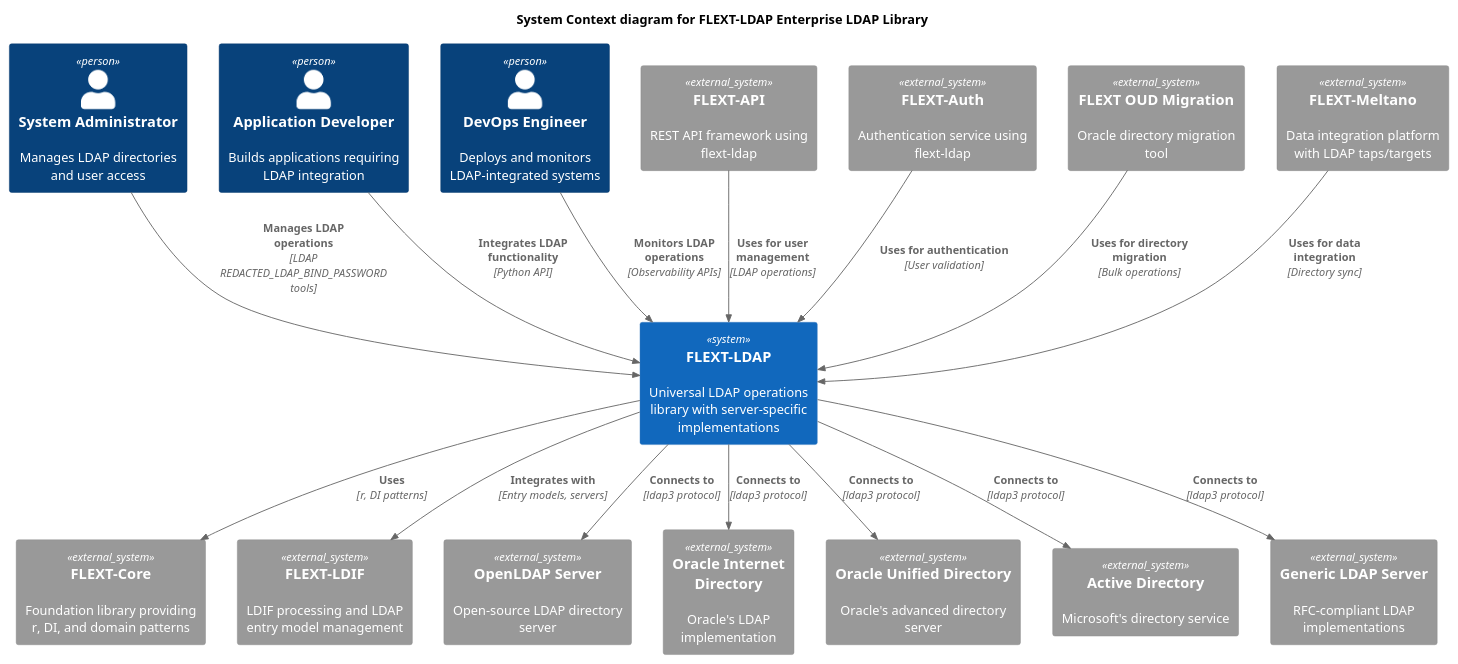
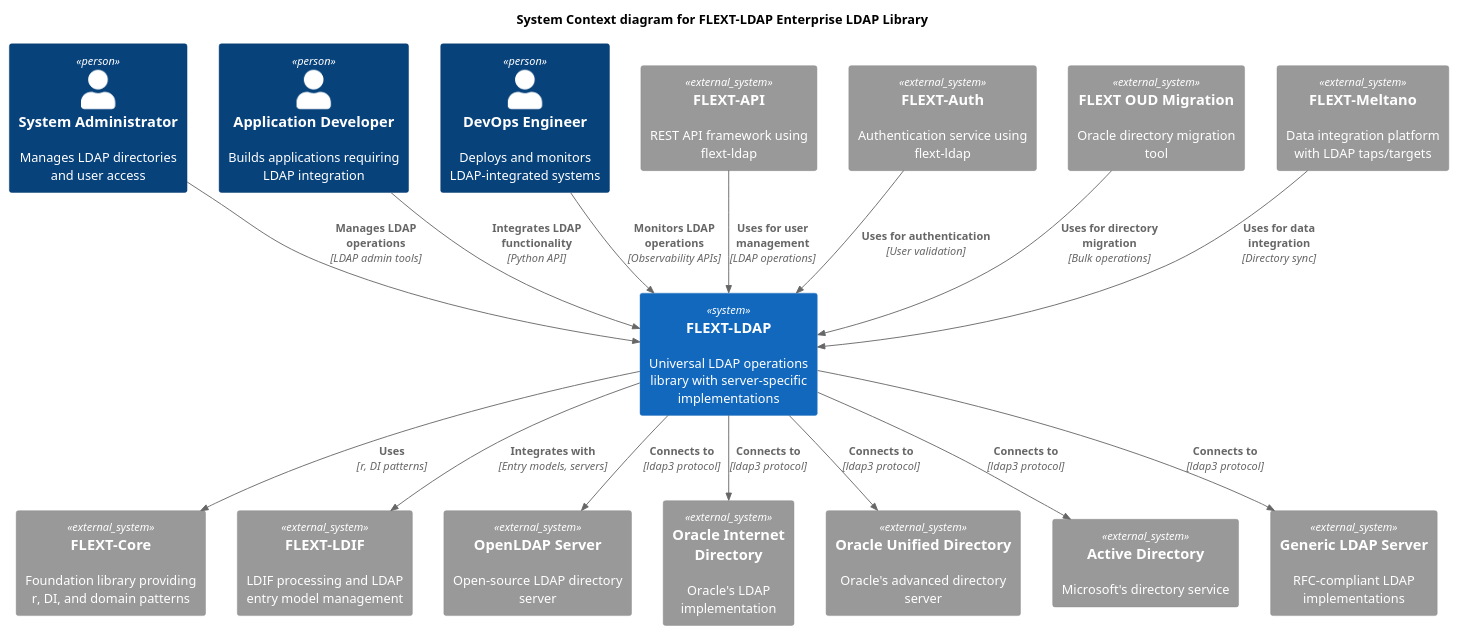
The diagram in docs/architecture/diagrams/c4-system-context.puml (flext-sh/flext-ldap), drawn with PlantUML before and after one commit. The commit also changed 11 other files, not shown here.

```diff
--- a/docs/architecture/diagrams/c4-system-context.puml
+++ b/docs/architecture/diagrams/c4-system-context.puml
@@ -1,44 +1,44 @@
 @startuml FLEXT-LDAP System Context
 !include https://raw.githubusercontent.com/plantuml-stdlib/C4-PlantUML/master/C4_Context.puml
 
 title System Context diagram for FLEXT-LDAP Enterprise LDAP Library
 
-Person(REDACTED_LDAP_BIND_PASSWORD, "System Administrator", "Manages LDAP directories and user access")
+Person(admin, "System Administrator", "Manages LDAP directories and user access")
 Person(developer, "Application Developer", "Builds applications requiring LDAP integration")
 Person(operator, "DevOps Engineer", "Deploys and monitors LDAP-integrated systems")
 
 System(flext_ldap, "FLEXT-LDAP", "Universal LDAP operations library with server-specific implementations")
 
 System_Ext(flext_core, "FLEXT-Core", "Foundation library providing r, DI, and domain patterns")
 System_Ext(flext_ldif, "FLEXT-LDIF", "LDIF processing and LDAP entry model management")
 
 System_Ext(openldap, "OpenLDAP Server", "Open-source LDAP directory server")
 System_Ext(oracle_oid, "Oracle Internet Directory", "Oracle's LDAP implementation")
 System_Ext(oracle_oud, "Oracle Unified Directory", "Oracle's advanced directory server")
 System_Ext(active_directory, "Active Directory", "Microsoft's directory service")
 System_Ext(generic_ldap, "Generic LDAP Server", "RFC-compliant LDAP implementations")
 
 System_Ext(flext_api, "FLEXT-API", "REST API framework using flext-ldap")
 System_Ext(flext_auth, "FLEXT-Auth", "Authentication service using flext-ldap")
 System_Ext(flext_migration, "FLEXT OUD Migration", "Oracle directory migration tool")
 System_Ext(flext_meltano, "FLEXT-Meltano", "Data integration platform with LDAP taps/targets")
 
-Rel(REDACTED_LDAP_BIND_PASSWORD, flext_ldap, "Manages LDAP operations", "LDAP REDACTED_LDAP_BIND_PASSWORD tools")
+Rel(admin, flext_ldap, "Manages LDAP operations", "LDAP admin tools")
 Rel(developer, flext_ldap, "Integrates LDAP functionality", "Python API")
 Rel(operator, flext_ldap, "Monitors LDAP operations", "Observability APIs")
 
 Rel(flext_ldap, flext_core, "Uses", "r, DI patterns")
 Rel(flext_ldap, flext_ldif, "Integrates with", "Entry models, servers")
 
 Rel(flext_ldap, openldap, "Connects to", "ldap3 protocol")
 Rel(flext_ldap, oracle_oid, "Connects to", "ldap3 protocol")
 Rel(flext_ldap, oracle_oud, "Connects to", "ldap3 protocol")
 Rel(flext_ldap, active_directory, "Connects to", "ldap3 protocol")
 Rel(flext_ldap, generic_ldap, "Connects to", "ldap3 protocol")
 
 Rel(flext_api, flext_ldap, "Uses for user management", "LDAP operations")
 Rel(flext_auth, flext_ldap, "Uses for authentication", "User validation")
 Rel(flext_migration, flext_ldap, "Uses for directory migration", "Bulk operations")
 Rel(flext_meltano, flext_ldap, "Uses for data integration", "Directory sync")
 
 @enduml
```
